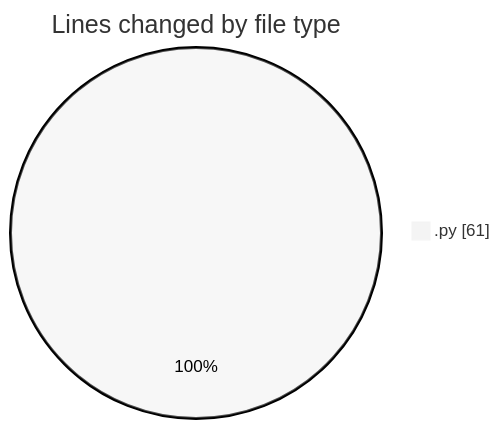
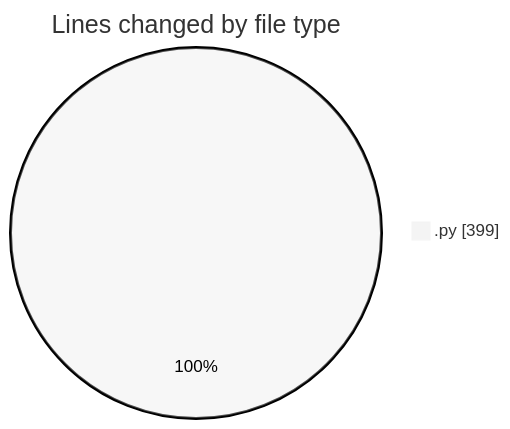
One commit to julien-gomy/code-tracking changed the first of 2 diagrams in 2025-10-20/eventscop-api-guide__workspace_/README.md. Above: the diagram before and after it, drawn with Mermaid (neutral theme). The commit also changed other lines of this file and 1 other file, not shown here.

````diff
--- a/2025-10-20/eventscop-api-guide__workspace_/README.md
+++ b/2025-10-20/eventscop-api-guide__workspace_/README.md
@@ -22,5 +23,5 @@
 ```mermaid
 pie showData
 title Lines changed by file type
-".py" : 61
+".py" : 399
 ```
````
